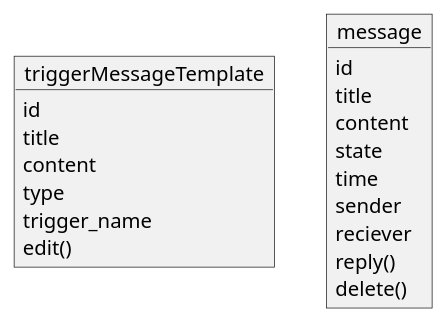
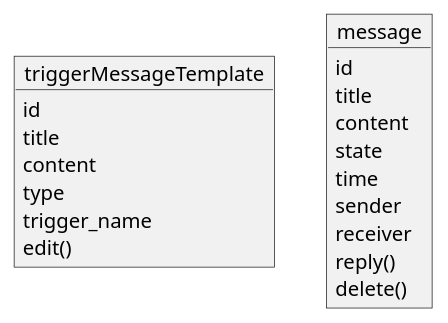
One commit to alwxkxk/akoa changed the diagram in doc/消息系统的设计.md. Above: the diagram before and after it, drawn with PlantUML. The commit also changed 4 other files, not shown here.

````diff
--- a/doc/消息系统的设计.md
+++ b/doc/消息系统的设计.md
@@ -6,24 +6,24 @@
 ```puml
 object triggerMessageTemplate{
   id
   title
   content
   type
   trigger_name
   edit()
 }
 
 object message{
   id
   title
   content
   state
   time
   sender
-  reciever
+  receiver
   reply()
   delete()
 }
 
 
 ```
````
